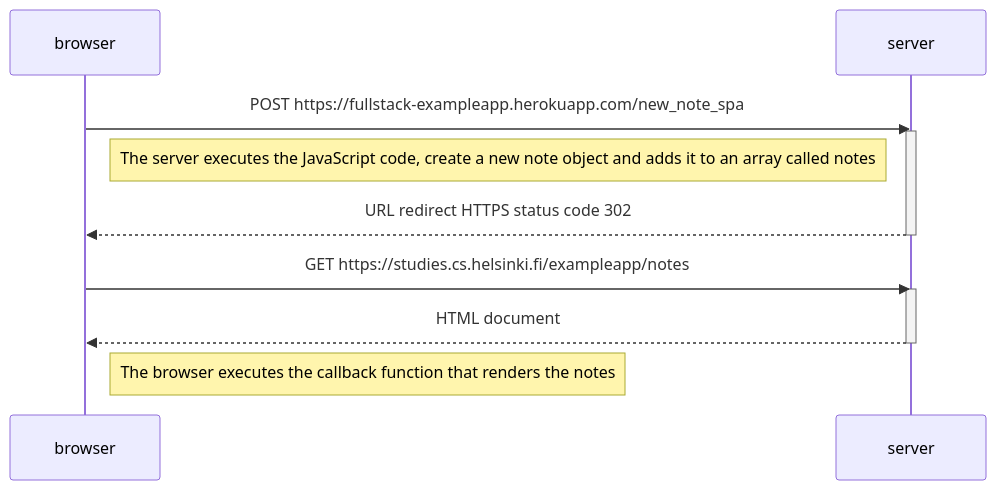
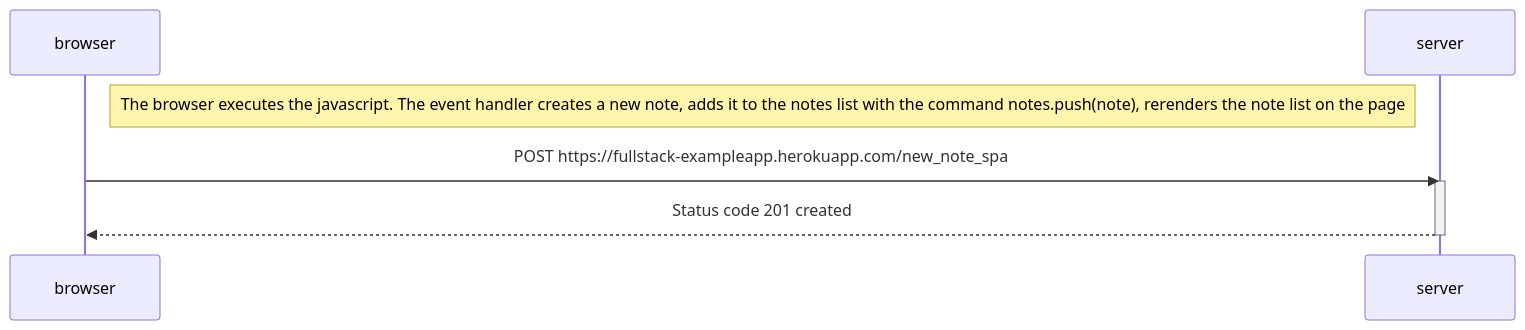
One commit to BMcIron/full-stack-open changed the diagram in part0/0.5-single-page-app-diagram.md. Above: the diagram before and after it, drawn with Mermaid.

````diff
--- a/part0/0.5-single-page-app-diagram.md
+++ b/part0/0.5-single-page-app-diagram.md
@@ -1,22 +1,15 @@
 ```mermaid
 sequenceDiagram
 
     participant browser
     participant server
     
+    Note right of browser: The browser executes the javascript. The event handler creates a new note, adds it to the notes list with the command notes.push(note), rerenders the note list on the page
+    
     browser->>server: POST https://fullstack-exampleapp.herokuapp.com/new_note_spa
     activate server
     
-    Note left of server: The server executes the JavaScript code, create a new note object and adds it to an array called notes
-    
-    server-->>browser: URL redirect HTTPS status code 302
+    server-->>browser: Status code 201 created
     deactivate server
-    
-    browser->>server: GET https://studies.cs.helsinki.fi/exampleapp/notes
-    activate server
-    server-->>browser: HTML document
-    deactivate server
-    
-    Note right of browser: The browser executes the callback function that renders the notes 
 
 ```
````
